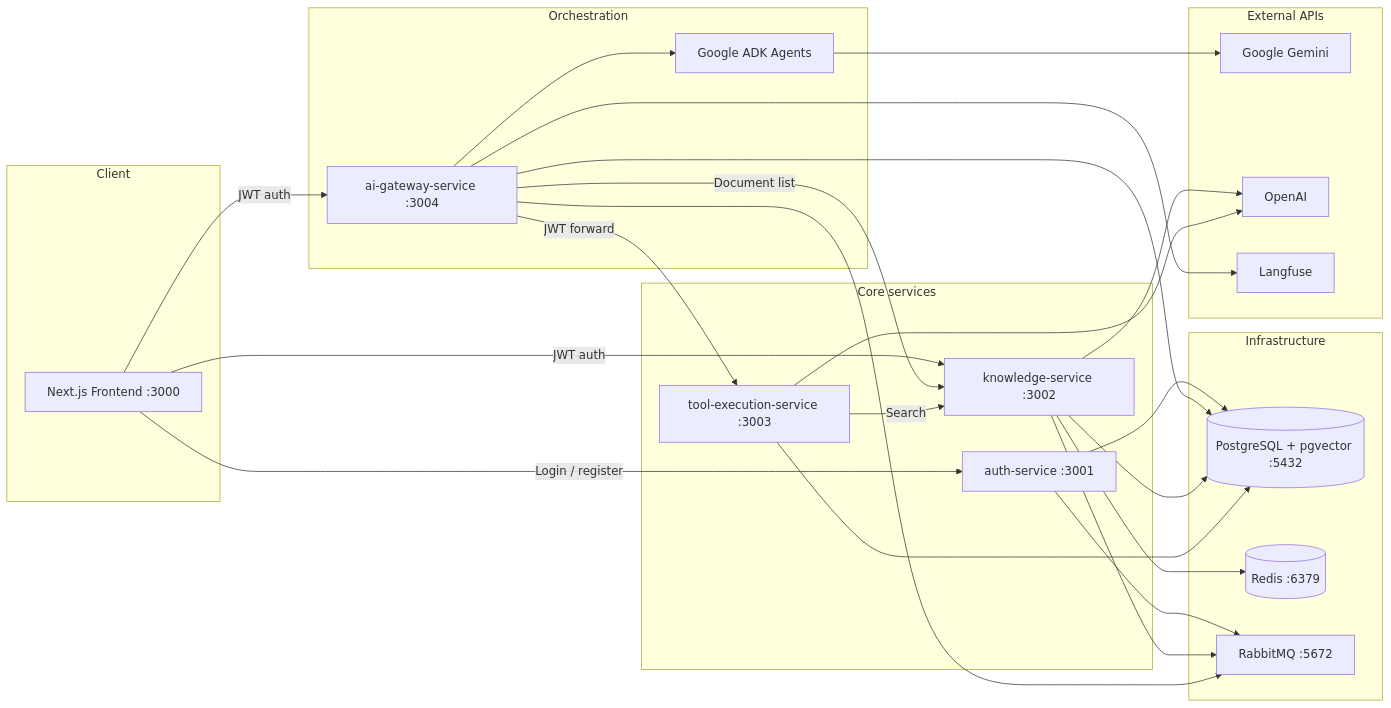
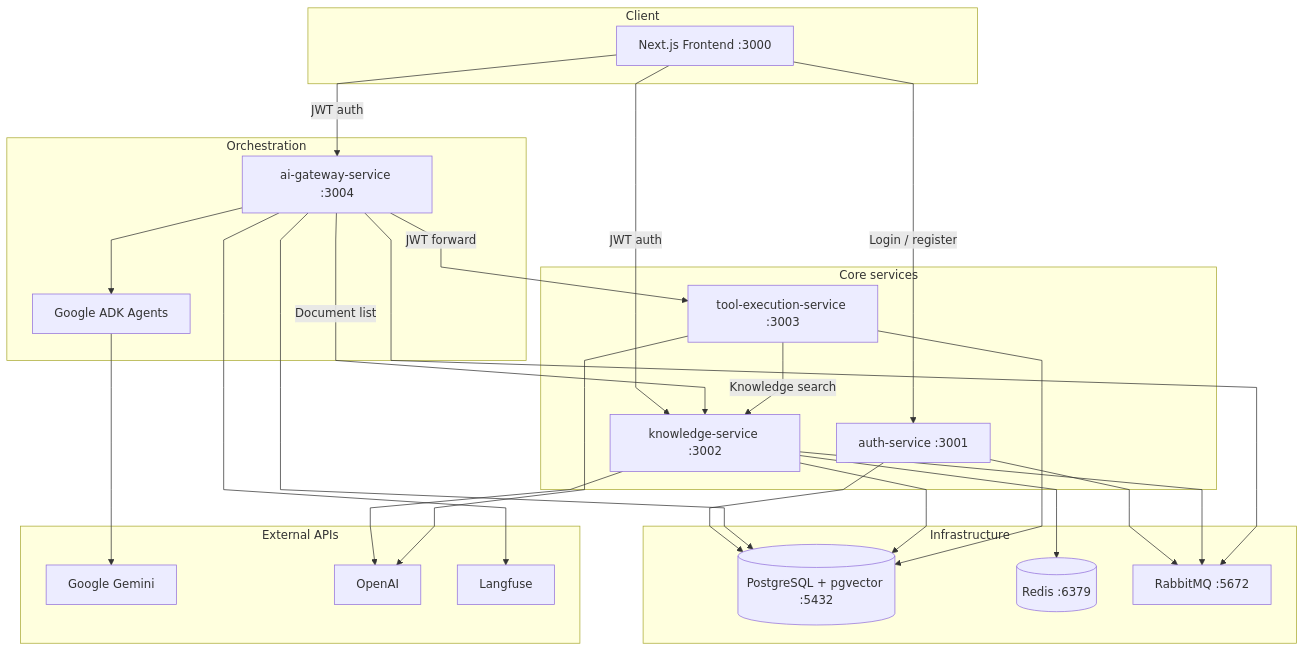
One commit to Danilka-Akarawita/Assignment changed the first of 2 diagrams in README.md. Above: the diagram before and after it, drawn with Mermaid. The commit also changed other lines of this file, not shown here.

````diff
--- a/README.md
+++ b/README.md
@@ -34,54 +34,55 @@
 ```mermaid
-flowchart LR
+%%{init: {'flowchart': {'curve':'linear'}}}%%
+flowchart TB
   subgraph client [Client]
     FE[Next.js Frontend :3000]
   end
 
   subgraph gateway [Orchestration]
     GW[ai-gateway-service :3004]
     ADK[Google ADK Agents]
     GW --> ADK
   end
 
   subgraph core [Core services]
     AUTH[auth-service :3001]
     KNOW[knowledge-service :3002]
     TOOLS[tool-execution-service :3003]
   end
 
   subgraph infra [Infrastructure]
     PG[(PostgreSQL + pgvector :5432)]
     REDIS[(Redis :6379)]
     RMQ[RabbitMQ :5672]
   end
 
   subgraph external [External APIs]
     GEMINI[Google Gemini]
     OPENAI[OpenAI]
     LF[Langfuse]
   end
 
   FE -->|Login / register| AUTH
   FE -->|JWT auth| GW
   FE -->|JWT auth| KNOW
 
+  GW -->|Document list| KNOW
   GW -->|JWT forward| TOOLS
-  GW -->|Document list| KNOW
-  TOOLS -->|Search| KNOW
+  TOOLS -->|Knowledge search| KNOW
 
   AUTH --> PG
   GW --> PG
   KNOW --> PG
   TOOLS --> PG
 
   KNOW --> REDIS
   KNOW --> OPENAI
   TOOLS --> OPENAI
 
   AUTH --> RMQ
   KNOW --> RMQ
   GW --> RMQ
 
   ADK --> GEMINI
   GW --> LF
 ```
````
